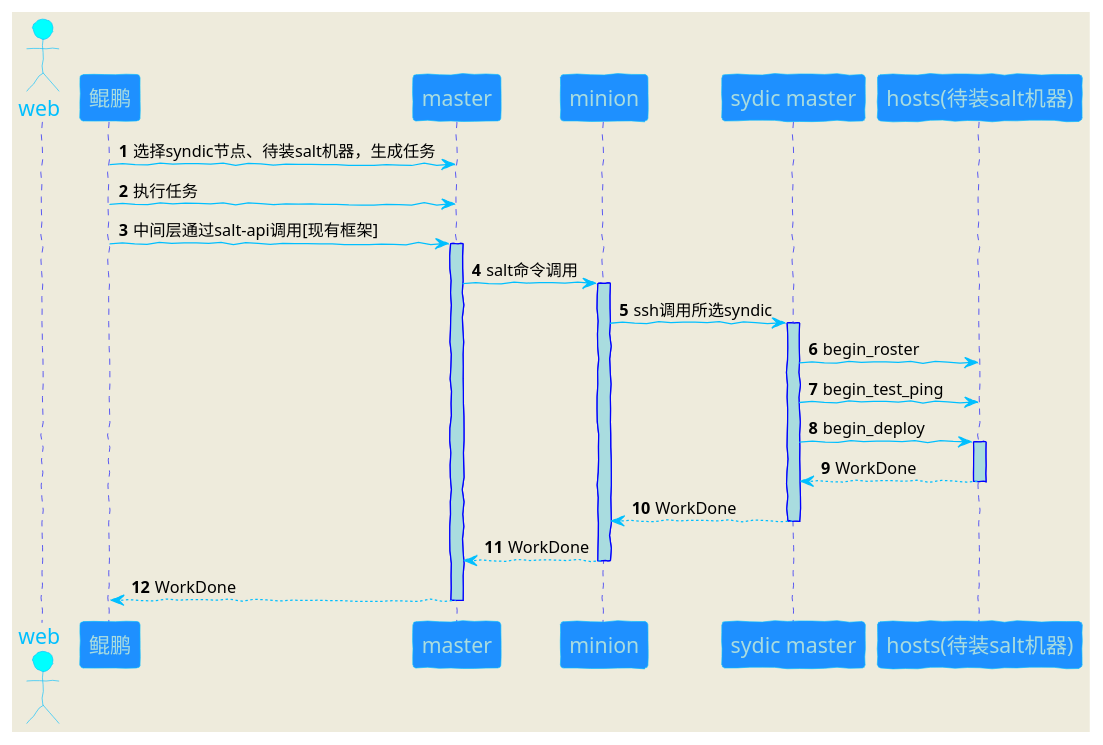
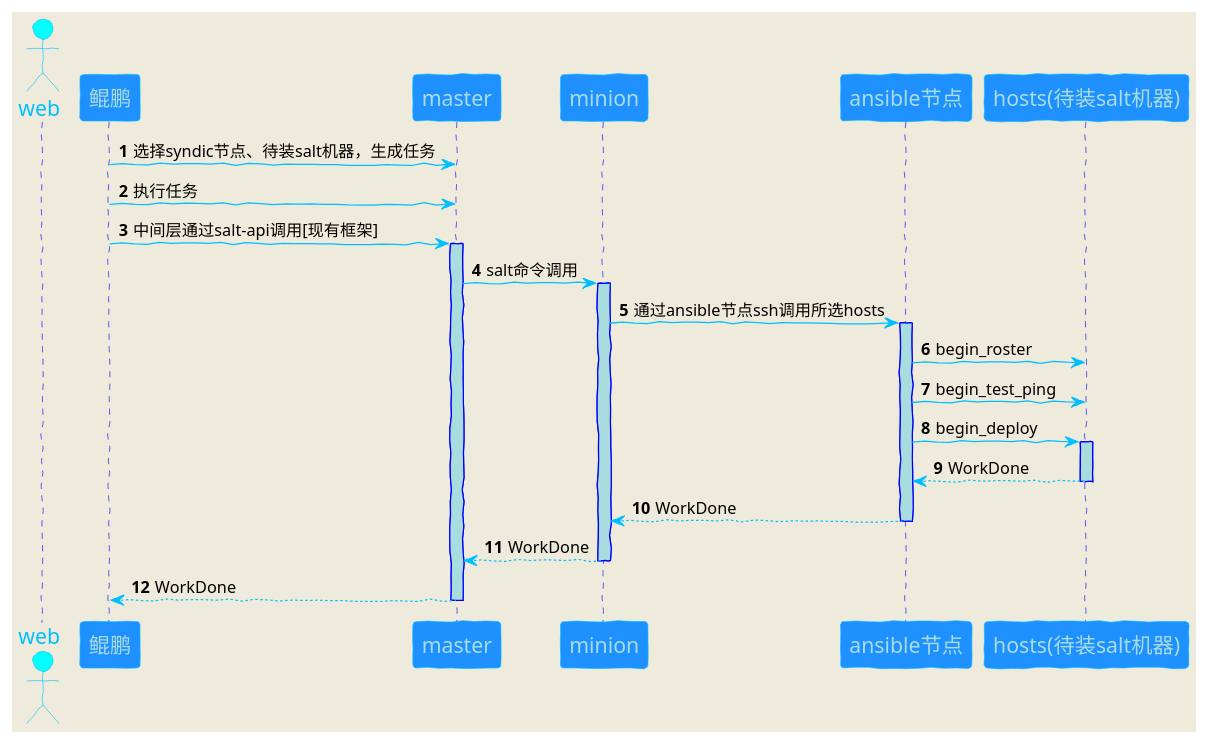
Before and after one commit to widy21/java_study_project: the diagram in graphviz/test.puml, drawn with PlantUML. The commit also changed 2 other files, not shown here.

```diff
--- a/graphviz/test.puml
+++ b/graphviz/test.puml
@@ -1,60 +1,61 @@
 @startuml
 autonumber
 skinparam backgroundColor #EEEBDC
 skinparam handwritten true
 
 skinparam sequence {
 	ArrowColor DeepSkyBlue
 	ActorBorderColor DeepSkyBlue
 	LifeLineBorderColor blue
 	LifeLineBackgroundColor #A9DCDF
 
 	ParticipantBorderColor DeepSkyBlue
 	ParticipantBackgroundColor DodgerBlue
 	ParticipantFontName Impact
 	ParticipantFontSize 17
 	ParticipantFontColor #A9DCDF
 
 	ActorBackgroundColor aqua
 	ActorFontColor DeepSkyBlue
 	ActorFontSize 17
 	ActorFontName Aapex
 }
 
 actor web
 participant "鲲鹏" as KP
 participant "master" as MAST
 participant "minion" as MIN
-participant "sydic master" as SY
+'participant "sydic master" as SY
+participant "ansible节点" as SY
 participant "hosts(待装salt机器)" as H
 
 KP -> MAST: 选择syndic节点、待装salt机器，生成任务
 KP -> MAST: 执行任务
 KP -> MAST: 中间层通过salt-api调用[现有框架]
 
 activate MAST
 MAST -> MIN: salt命令调用
 activate MIN
 
-MIN -> SY: ssh调用所选syndic
+MIN -> SY: 通过ansible节点ssh调用所选hosts
 
 activate SY
 SY -> H: begin_roster
 SY -> H: begin_test_ping
 SY -> H: begin_deploy
 
 activate H
 H-->SY:WorkDone
 deactivate H
 
 
 SY --> MIN: WorkDone
 deactivate SY
 
 MIN --> MAST: WorkDone
 deactivate MIN
 
 MAST --> KP: WorkDone
 deactivate MAST
 
 @enduml
```
